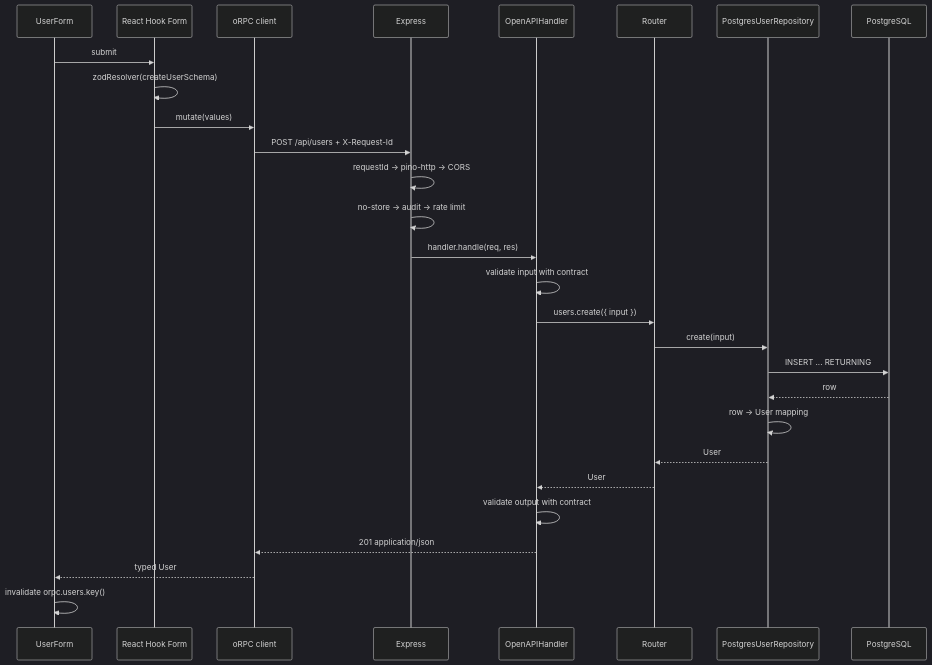
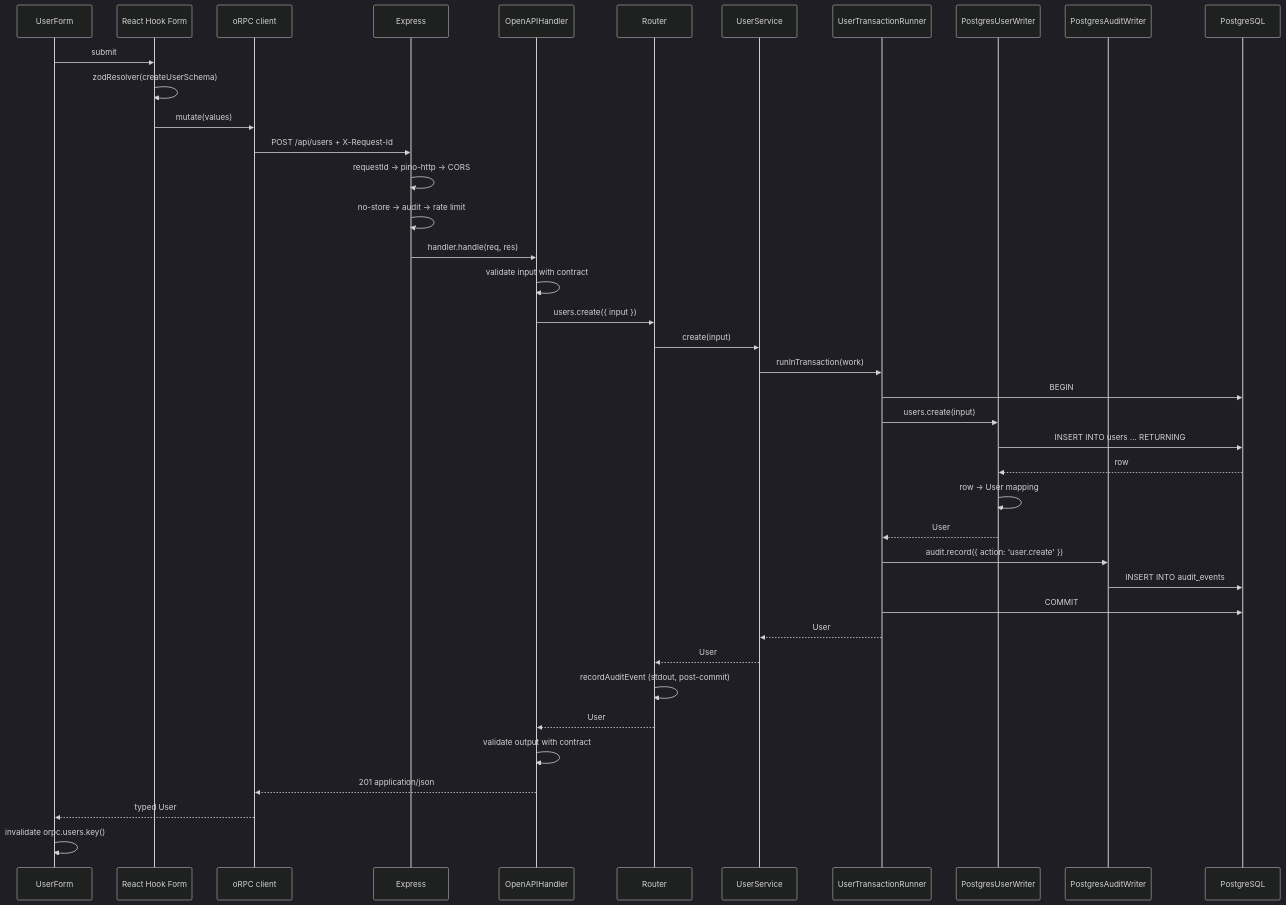
The diagram in docs/architecture.md (Juanxrpana/Evaluador_hack), drawn with Mermaid (dark theme) before and after one commit. The commit also changed other lines of this file and 29 other files, not shown here.

First line of the commit message:
feat(api): add transactional service layer and durable audit

````diff
--- a/docs/architecture.md
+++ b/docs/architecture.md
@@ -49,31 +55,43 @@
 ```mermaid
 sequenceDiagram
   participant Form as UserForm
   participant RHF as React Hook Form
   participant O as oRPC client
   participant E as Express
   participant H as OpenAPIHandler
   participant R as Router
-  participant P as PostgresUserRepository
+  participant S as UserService
+  participant T as UserTransactionRunner
+  participant W as PostgresUserWriter
+  participant A as PostgresAuditWriter
   participant DB as PostgreSQL
 
   Form->>RHF: submit
   RHF->>RHF: zodResolver(createUserSchema)
   RHF->>O: mutate(values)
   O->>E: POST /api/users + X-Request-Id
   E->>E: requestId → pino-http → CORS
   E->>E: no-store → audit → rate limit
   E->>H: handler.handle(req, res)
   H->>H: validate input with contract
   H->>R: users.create({ input })
-  R->>P: create(input)
-  P->>DB: INSERT ... RETURNING
-  DB-->>P: row
-  P->>P: row → User mapping
-  P-->>R: User
+  R->>S: create(input)
+  S->>T: runInTransaction(work)
+  T->>DB: BEGIN
+  T->>W: users.create(input)
+  W->>DB: INSERT INTO users ... RETURNING
+  DB-->>W: row
+  W->>W: row → User mapping
+  W-->>T: User
+  T->>A: audit.record({ action: 'user.create' })
+  A->>DB: INSERT INTO audit_events
+  T->>DB: COMMIT
+  T-->>S: User
+  S-->>R: User
+  R->>R: recordAuditEvent (stdout, post-commit)
   R-->>H: User
   H->>H: validate output with contract
   H-->>O: 201 application/json
   O-->>Form: typed User
   Form->>Form: invalidate orpc.users.key()
 ```
````
